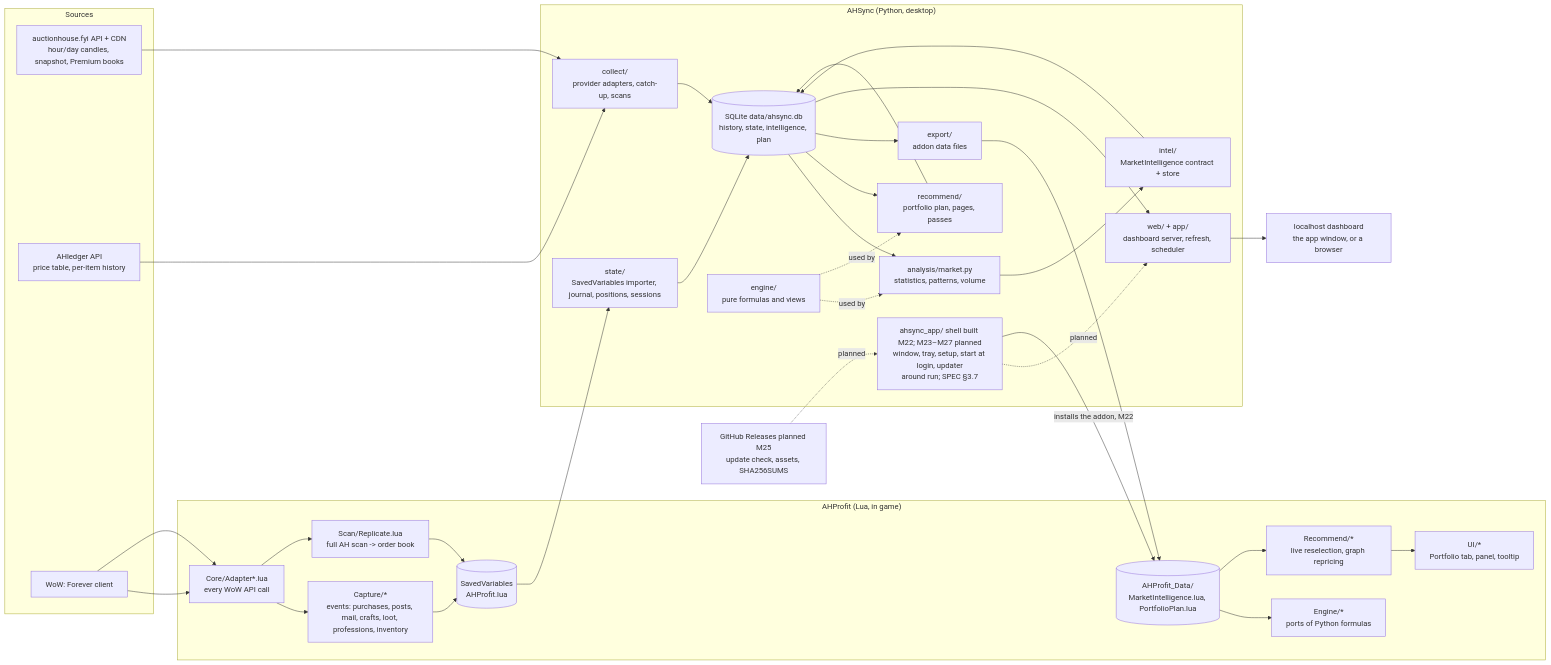
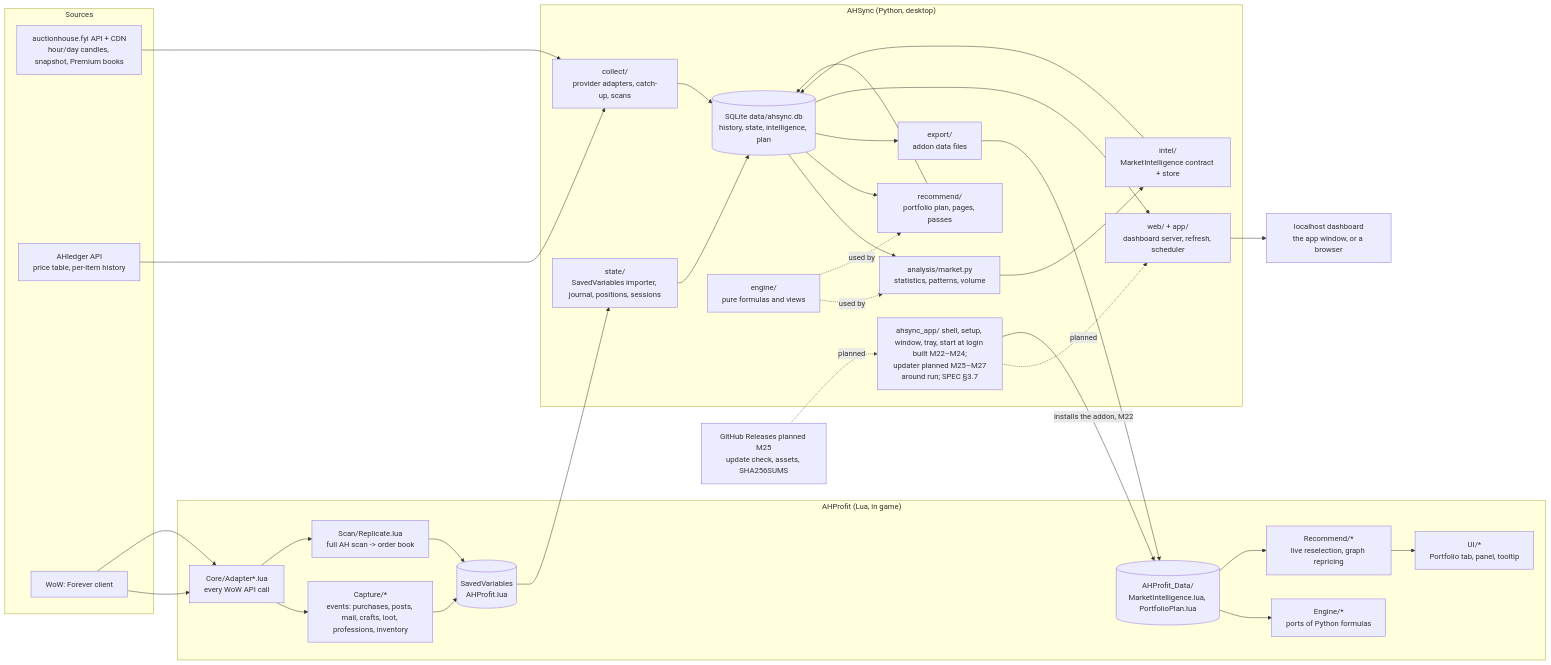
The first of 8 diagrams in docs/ARCHITECTURE.md (ctng1213/WowAuction), drawn with Mermaid before and after one commit. The commit also changed other lines of this file and 32 other files, not shown here.

````diff
--- a/docs/ARCHITECTURE.md
+++ b/docs/ARCHITECTURE.md
@@ -11,53 +11,53 @@
 ```mermaid
 flowchart LR
   subgraph Sources
     AHF[auctionhouse.fyi API + CDN<br/>hour/day candles, snapshot, Premium books]
     AHL[AHledger API<br/>price table, per-item history]
     Game[WoW: Forever client]
   end
 
   subgraph Addon["AHProfit (Lua, in game)"]
     Adapter[Core/Adapter*.lua<br/>every WoW API call]
     Capture[Capture/*<br/>events: purchases, posts, mail, crafts, loot, professions, inventory]
     Scan[Scan/Replicate.lua<br/>full AH scan -> order book]
     AEngine[Engine/*<br/>ports of Python formulas]
     Reselect[Recommend/*<br/>live reselection, graph repricing]
     UI[UI/*<br/>Portfolio tab, panel, tooltip]
     SV[(SavedVariables<br/>AHProfit.lua)]
     DataFiles[(AHProfit_Data/<br/>MarketIntelligence.lua, PortfolioPlan.lua)]
   end
 
   subgraph AHSync["AHSync (Python, desktop)"]
     Collect[collect/<br/>provider adapters, catch-up, scans]
     DB[(SQLite data/ahsync.db<br/>history, state, intelligence, plan)]
     Analysis[analysis/market.py<br/>statistics, patterns, volume]
     Intel[intel/<br/>MarketIntelligence contract + store]
     State[state/<br/>SavedVariables importer, journal, positions, sessions]
     Recommend[recommend/<br/>portfolio plan, pages, passes]
     Engine[engine/<br/>pure formulas and views]
     Export[export/<br/>addon data files]
     Web[web/ + app/<br/>dashboard server, refresh, scheduler]
-    Shell[ahsync_app/ shell built M22; M23–M27 planned<br/>window, tray, setup, start at login, updater<br/>around run; SPEC §3.7]
+    Shell[ahsync_app/ shell, setup, window, tray, start at login built M22–M24;<br/>updater planned M25–M27<br/>around run; SPEC §3.7]
   end
 
   Dashboard[localhost dashboard<br/>the app window, or a browser]
   GH[GitHub Releases planned M25<br/>update check, assets, SHA256SUMS]
 
   AHF --> Collect
   AHL --> Collect
   GH -.planned.-> Shell
   Shell -.planned.-> Web
   Shell -- installs the addon, M22 --> DataFiles
   Game --> Adapter --> Capture --> SV
   Game --> Adapter --> Scan --> SV
   SV --> State
   Collect --> DB
   State --> DB
   DB --> Analysis --> Intel --> DB
   DB --> Recommend --> DB
   Engine -.used by.-> Analysis
   Engine -.used by.-> Recommend
   DB --> Export --> DataFiles --> AEngine
   DataFiles --> Reselect --> UI
   DB --> Web --> Dashboard
 ```
````
